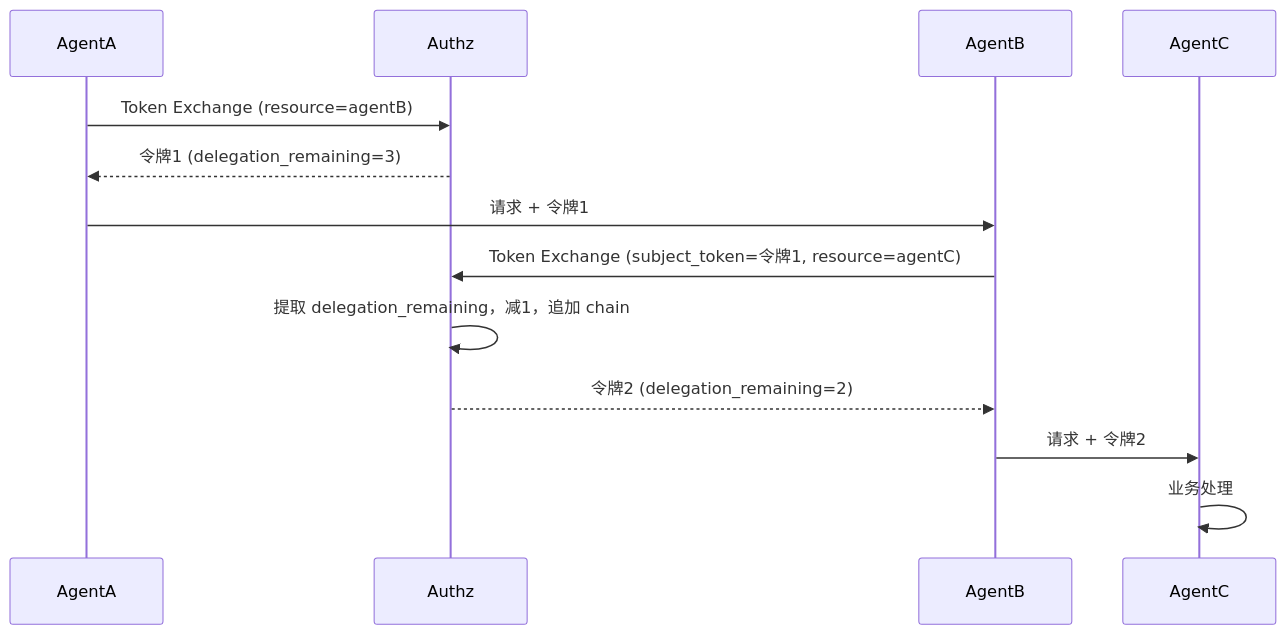
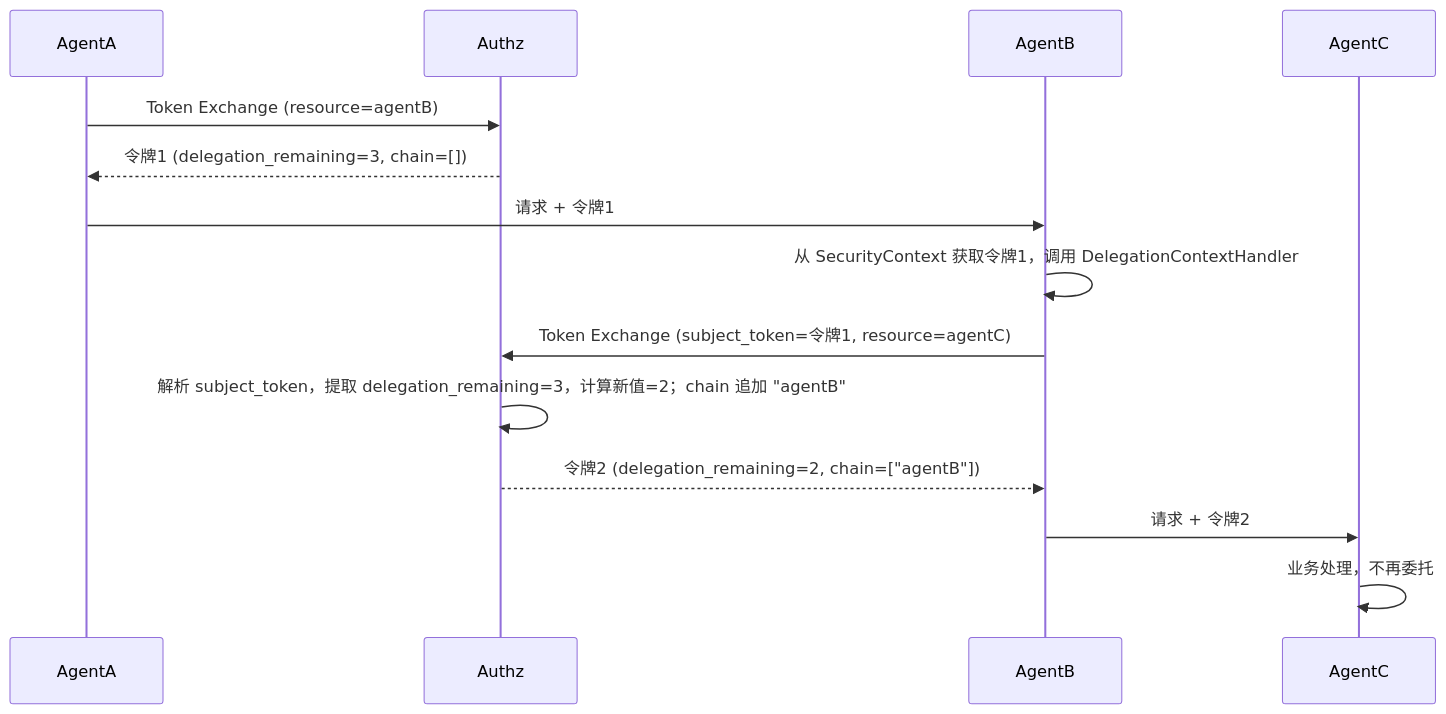
Before and after one commit to latcn/developer-knowledge: the fourth of 4 diagrams in security/A2A 权限系统架构设计文档.md, drawn with Mermaid. The commit also changed other lines of this file, not shown here.

Commit message:
security

````diff
--- a/security/A2A 权限系统架构设计文档.md
+++ b/security/A2A 权限系统架构设计文档.md
@@ -1250,16 +960,17 @@
 ```mermaid
 sequenceDiagram
     participant AgentA
     participant Authz
     participant AgentB
     participant AgentC
 
     AgentA->>Authz: Token Exchange (resource=agentB)
-    Authz-->>AgentA: 令牌1 (delegation_remaining=3)
+    Authz-->>AgentA: 令牌1 (delegation_remaining=3, chain=[])
     AgentA->>AgentB: 请求 + 令牌1
+    AgentB->>AgentB: 从 SecurityContext 获取令牌1，调用 DelegationContextHandler
     AgentB->>Authz: Token Exchange (subject_token=令牌1, resource=agentC)
-    Authz->>Authz: 提取 delegation_remaining，减1，追加 chain
-    Authz-->>AgentB: 令牌2 (delegation_remaining=2)
+    Authz->>Authz: 解析 subject_token，提取 delegation_remaining=3，计算新值=2；chain 追加 "agentB"
+    Authz-->>AgentB: 令牌2 (delegation_remaining=2, chain=["agentB"])
     AgentB->>AgentC: 请求 + 令牌2
-    AgentC->>AgentC: 业务处理
+    AgentC->>AgentC: 业务处理，不再委托
 ```
````
